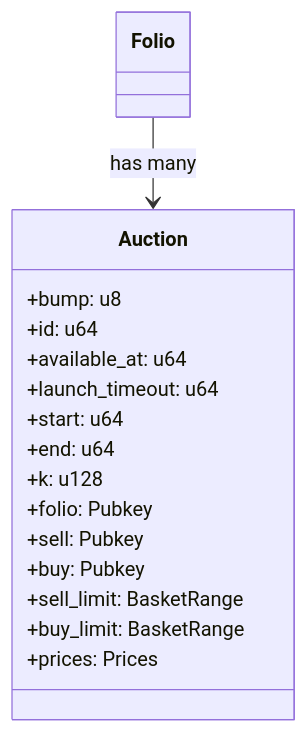
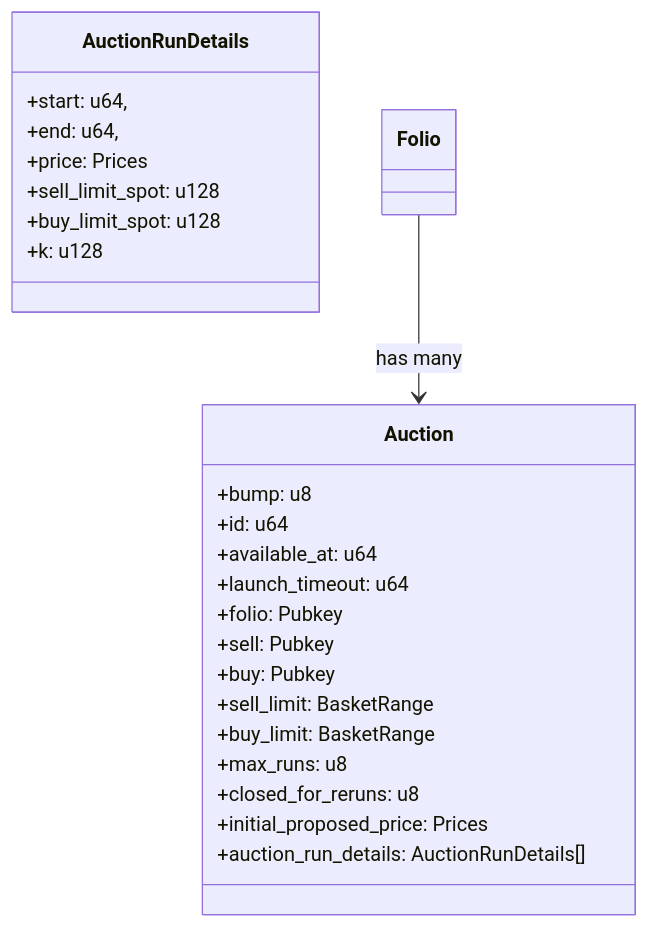
The second of 5 diagrams in README.md (reserve-protocol/reserve-index-dtfs-solana), drawn with Mermaid before and after one commit. The commit also changed 36 other files, not shown here.

````diff
--- a/README.md
+++ b/README.md
@@ -444,20 +444,29 @@
 ```mermaid
 classDiagram
     class Auction {
         +bump: u8
         +id: u64
         +available_at: u64
         +launch_timeout: u64
-        +start: u64
-        +end: u64
-        +k: u128
         +folio: Pubkey
         +sell: Pubkey
         +buy: Pubkey
         +sell_limit: BasketRange
         +buy_limit: BasketRange
-        +prices: Prices
+        +max_runs: u8
+        +closed_for_reruns: u8
+        +initial_proposed_price: Prices
+        +auction_run_details: AuctionRunDetails[]
+    }
+
+    class AuctionRunDetails{
+        +start: u64,
+        +end: u64,
+        +price: Prices
+        +sell_limit_spot: u128
+        +buy_limit_spot: u128
+        +k: u128
     }
 
     Folio --> Auction: has many
 ```
````
